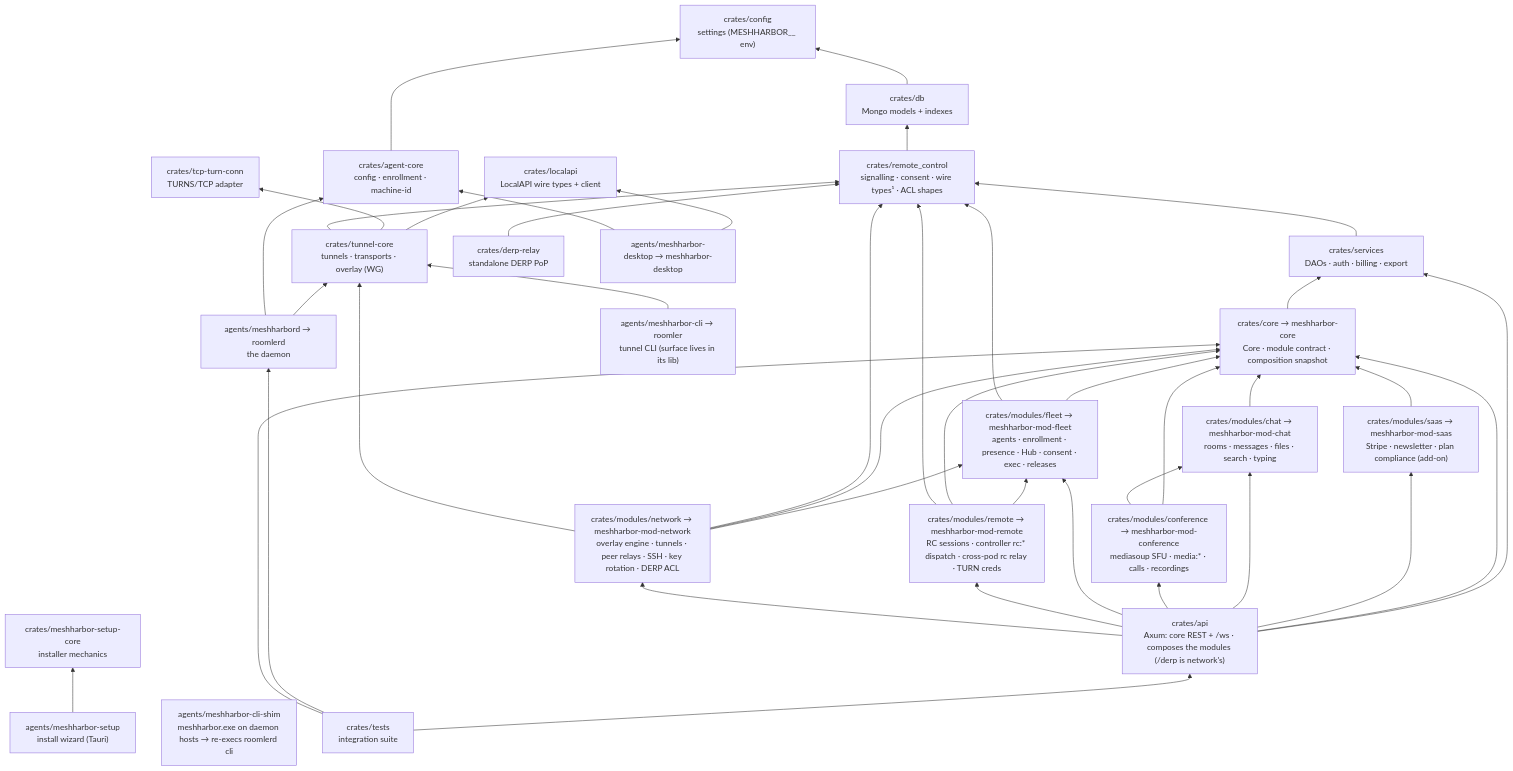
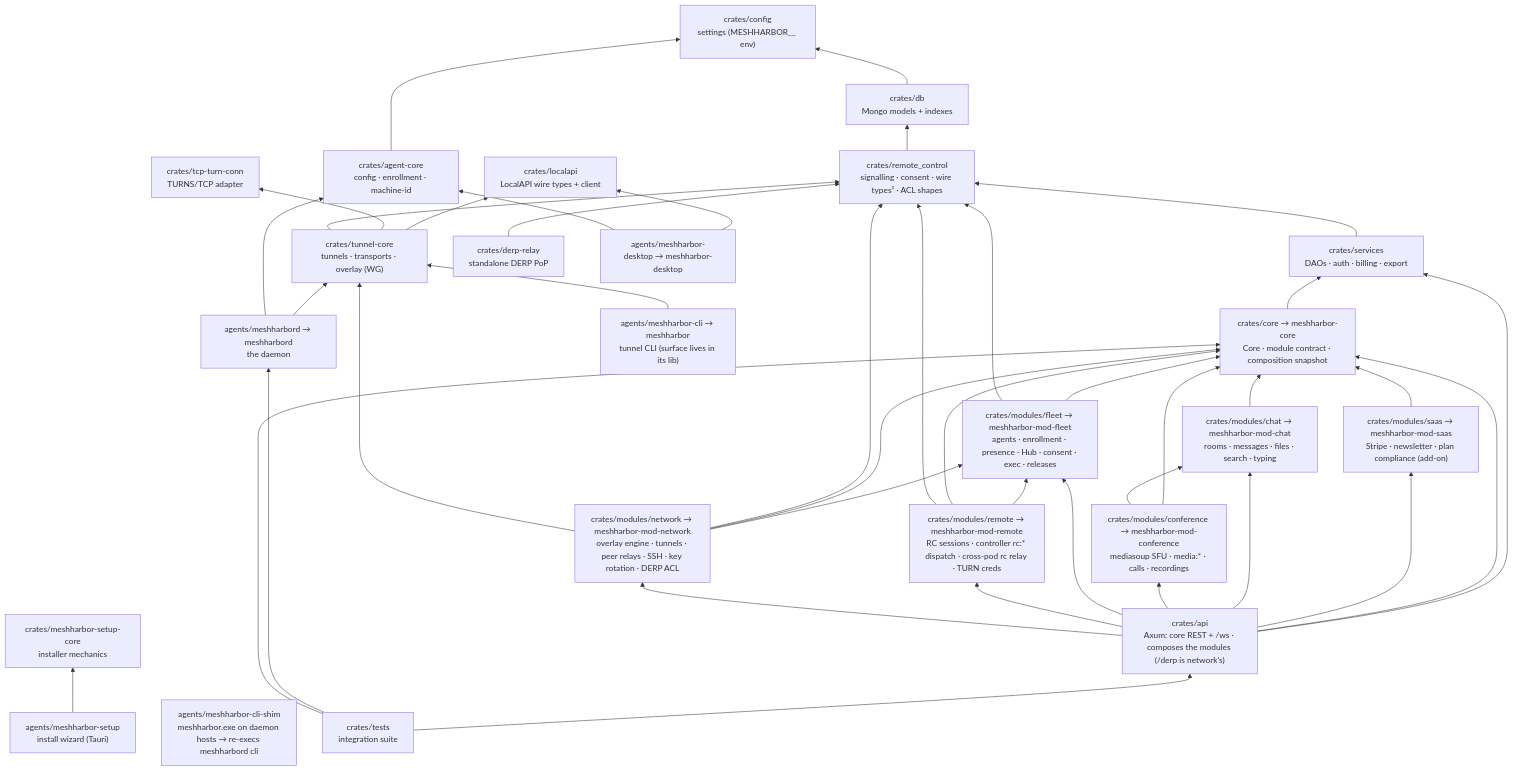
One commit to jk-zhang-meta/MeshHarbor changed the third of 4 diagrams in docs/architecture.md. Above: the diagram before and after it, drawn with Mermaid. The commit also changed other lines of this file and 682 other files, not shown here.

````diff
--- a/docs/architecture.md
+++ b/docs/architecture.md
@@ -100,50 +100,50 @@
 ```mermaid
 flowchart BT
     config["crates/config<br/>settings (MESHHARBOR__ env)"]
     db["crates/db<br/>Mongo models + indexes"]
     core["crates/core → meshharbor-core<br/>Core · module contract · composition snapshot"]
     saas["crates/modules/saas → meshharbor-mod-saas<br/>Stripe · newsletter · plan compliance (add-on)"]
     chat["crates/modules/chat → meshharbor-mod-chat<br/>rooms · messages · files · search · typing"]
     conference["crates/modules/conference → meshharbor-mod-conference<br/>mediasoup SFU · media:* · calls · recordings"]
     fleet["crates/modules/fleet → meshharbor-mod-fleet<br/>agents · enrollment · presence · Hub · consent · exec · releases"]
     remote["crates/modules/remote → meshharbor-mod-remote<br/>RC sessions · controller rc:* dispatch · cross-pod rc relay · TURN creds"]
     network["crates/modules/network → meshharbor-mod-network<br/>overlay engine · tunnels · peer relays · SSH · key rotation · DERP ACL"]
     rc["crates/remote_control<br/>signalling · consent · wire types¹ · ACL shapes"]
     services["crates/services<br/>DAOs · auth · billing · export"]
     api["crates/api<br/>Axum: core REST + /ws · composes the modules (/derp is network's)"]
     tests["crates/tests<br/>integration suite"]
 
     localapi["crates/localapi<br/>LocalAPI wire types + client"]
     agentcore["crates/agent-core<br/>config · enrollment · machine-id"]
     tunnelcore["crates/tunnel-core<br/>tunnels · transports · overlay (WG)"]
     tcpturn["crates/tcp-turn-conn<br/>TURNS/TCP adapter"]
     derprelay["crates/derp-relay<br/>standalone DERP PoP"]
     setupcore["crates/meshharbor-setup-core<br/>installer mechanics"]
 
-    roomlerd["agents/meshharbord → roomlerd<br/>the daemon"]
-    tunnel["agents/meshharbor-cli → roomler<br/>tunnel CLI (surface lives in its lib)"]
-    shim["agents/meshharbor-cli-shim<br/>meshharbor.exe on daemon hosts → re-execs roomlerd cli"]
+    meshharbord["agents/meshharbord → meshharbord<br/>the daemon"]
+    tunnel["agents/meshharbor-cli → meshharbor<br/>tunnel CLI (surface lives in its lib)"]
+    shim["agents/meshharbor-cli-shim<br/>meshharbor.exe on daemon hosts → re-execs meshharbord cli"]
     tray["agents/meshharbor-desktop → meshharbor-desktop"]
     setup["agents/meshharbor-setup<br/>install wizard (Tauri)"]
 
     db --> config
     core --> services
     saas --> core
     chat --> core
     conference --> core & chat
     fleet --> core & rc
     remote --> fleet & core & rc
     network --> fleet & core & rc & tunnelcore
     rc --> db
     services --> rc
     api --> services & core & saas & chat & conference & fleet & remote & network
-    tests --> api & roomlerd & core
+    tests --> api & meshharbord & core
 
     tunnelcore --> localapi & tcpturn & rc
     agentcore --> config
-    roomlerd --> tunnelcore & agentcore
+    meshharbord --> tunnelcore & agentcore
     tunnel --> tunnelcore
     tray --> localapi & agentcore
     setup --> setupcore
     derprelay --> rc
 ```
````
